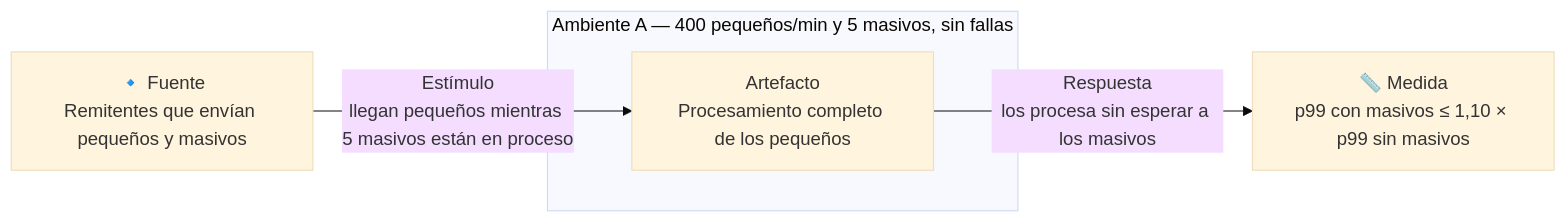
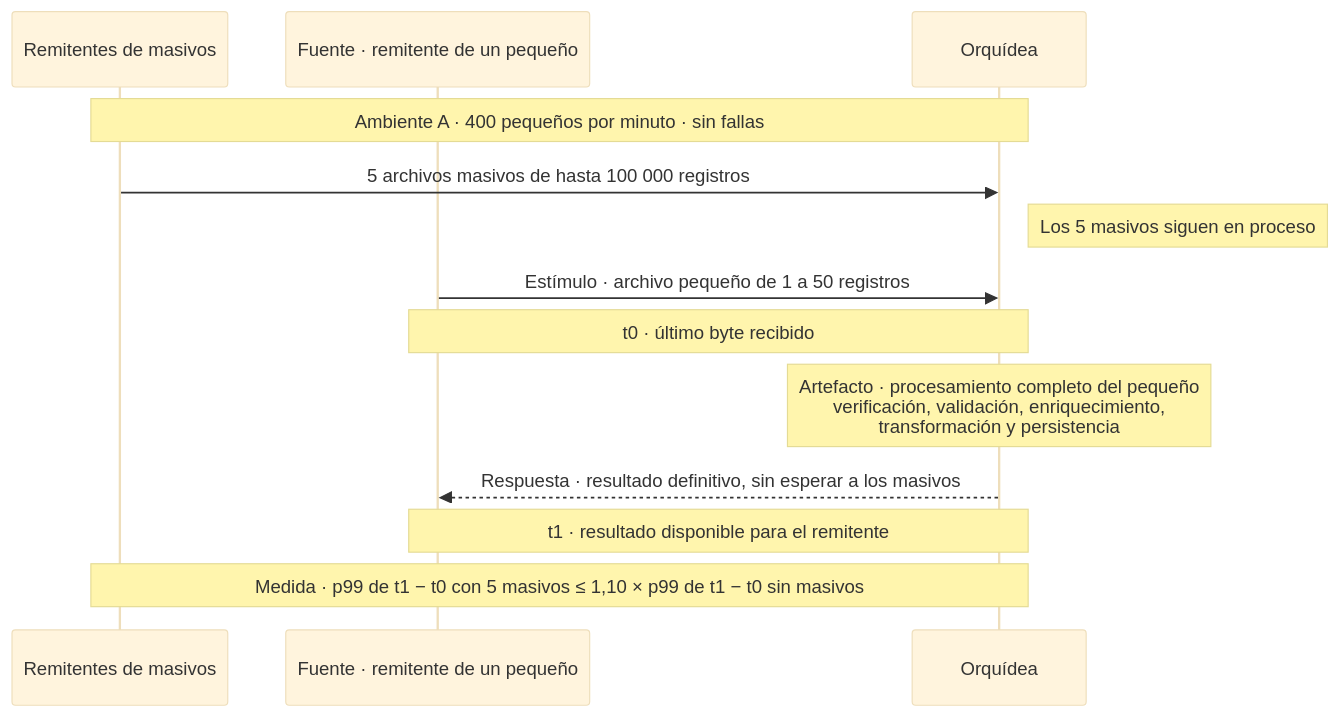
Before and after one commit to MATI-MBIT/arqsoft-reto-4: the first of 17 diagrams in docs/quality-attributes.md, drawn with Mermaid (base theme). The commit also changed other lines of this file, not shown here.

Commit message:
Cambia los diagramas de los ASR por diagramas de secuencia con t0, t1 y la medida

````diff
--- a/docs/quality-attributes.md
+++ b/docs/quality-attributes.md
@@ -148,9 +150,15 @@
 ```mermaid
-flowchart LR
-    F["🔹 Fuente<br/>Remitentes que envían pequeños y masivos"]
-    F -- "Estímulo<br/>llegan pequeños mientras 5 masivos están en proceso" --> A
-    subgraph AMB["Ambiente A — 400 pequeños/min y 5 masivos, sin fallas"]
-        A["Artefacto<br/>Procesamiento completo de los pequeños"]
-    end
-    A -- "Respuesta<br/>los procesa sin esperar a los masivos" --> M["📏 Medida<br/>p99 con masivos ≤ 1,10 × p99 sin masivos"]
+sequenceDiagram
+    participant M as Remitentes de masivos
+    participant P as Fuente · remitente de un pequeño
+    participant O as Orquídea
+    Note over M,O: Ambiente A · 400 pequeños por minuto · sin fallas
+    M->>O: 5 archivos masivos de hasta 100 000 registros
+    Note right of O: Los 5 masivos siguen en proceso
+    P->>O: Estímulo · archivo pequeño de 1 a 50 registros
+    Note over P,O: t0 · último byte recibido
+    Note over O: Artefacto · procesamiento completo del pequeño<br/>verificación, validación, enriquecimiento,<br/>transformación y persistencia
+    O-->>P: Respuesta · resultado definitivo, sin esperar a los masivos
+    Note over P,O: t1 · resultado disponible para el remitente
+    Note over M,O: Medida · p99 de t1 − t0 con 5 masivos ≤ 1,10 × p99 de t1 − t0 sin masivos
 ```
````
